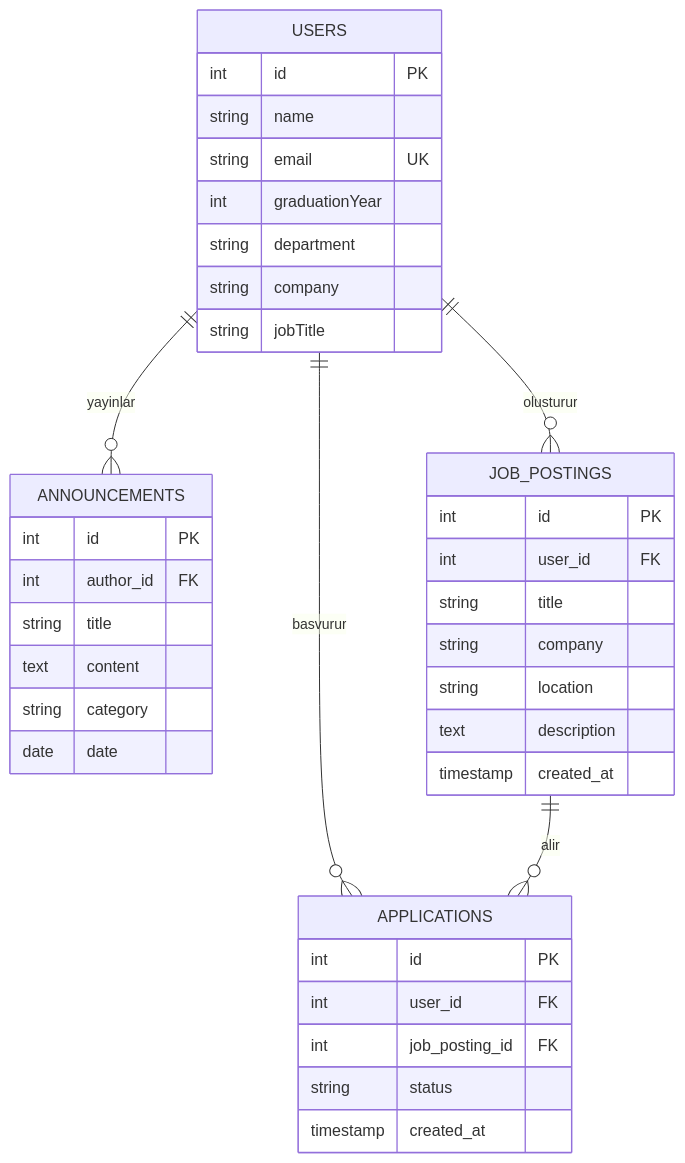
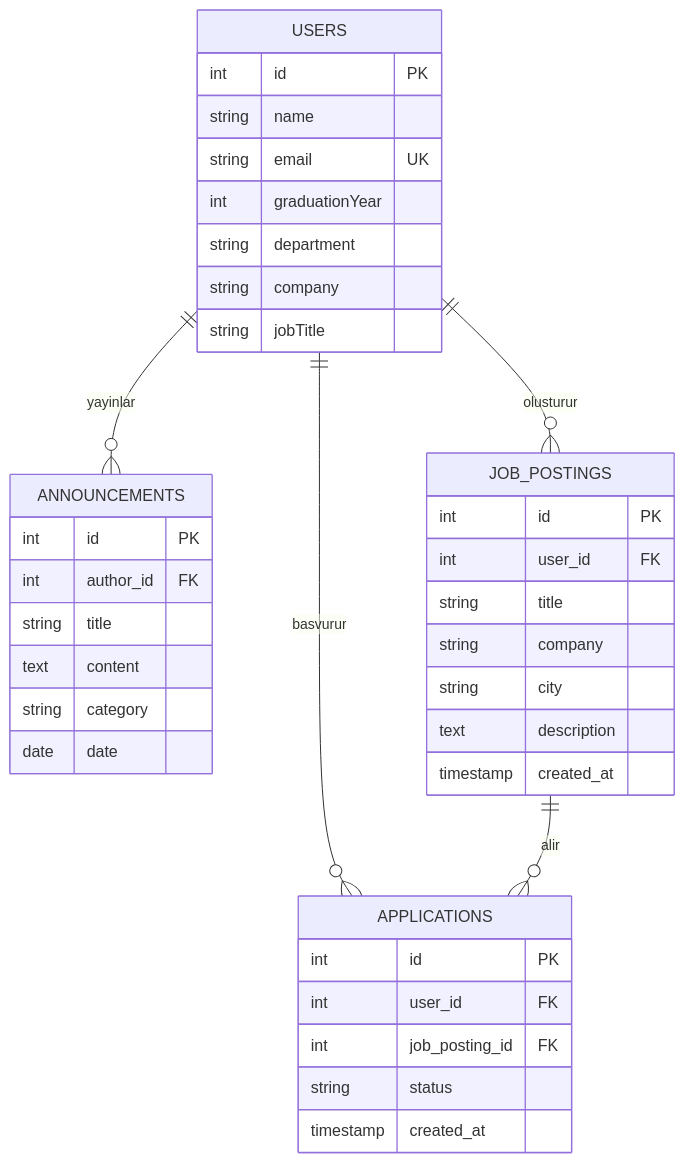
The diagram in ddd.md (ADNARAGORN/alumni), drawn with Mermaid before and after one commit. The commit also changed other lines of this file and 16 other files, not shown here.

````diff
--- a/ddd.md
+++ b/ddd.md
@@ -89,40 +96,40 @@
 ```mermaid
 erDiagram
     USERS ||--o{ ANNOUNCEMENTS : yayinlar
     USERS ||--o{ JOB_POSTINGS : olusturur
     USERS ||--o{ APPLICATIONS : basvurur
     JOB_POSTINGS ||--o{ APPLICATIONS : alir
     USERS {
         int id PK
         string name
         string email UK
         int graduationYear
         string department
         string company
         string jobTitle
     }
     ANNOUNCEMENTS {
         int id PK
         int author_id FK
         string title
         text content
         string category
         date date
     }
     JOB_POSTINGS {
         int id PK
         int user_id FK
         string title
         string company
-        string location
+        string city
         text description
         timestamp created_at
     }
     APPLICATIONS {
         int id PK
         int user_id FK
         int job_posting_id FK
         string status
         timestamp created_at
     }
 ```
````
